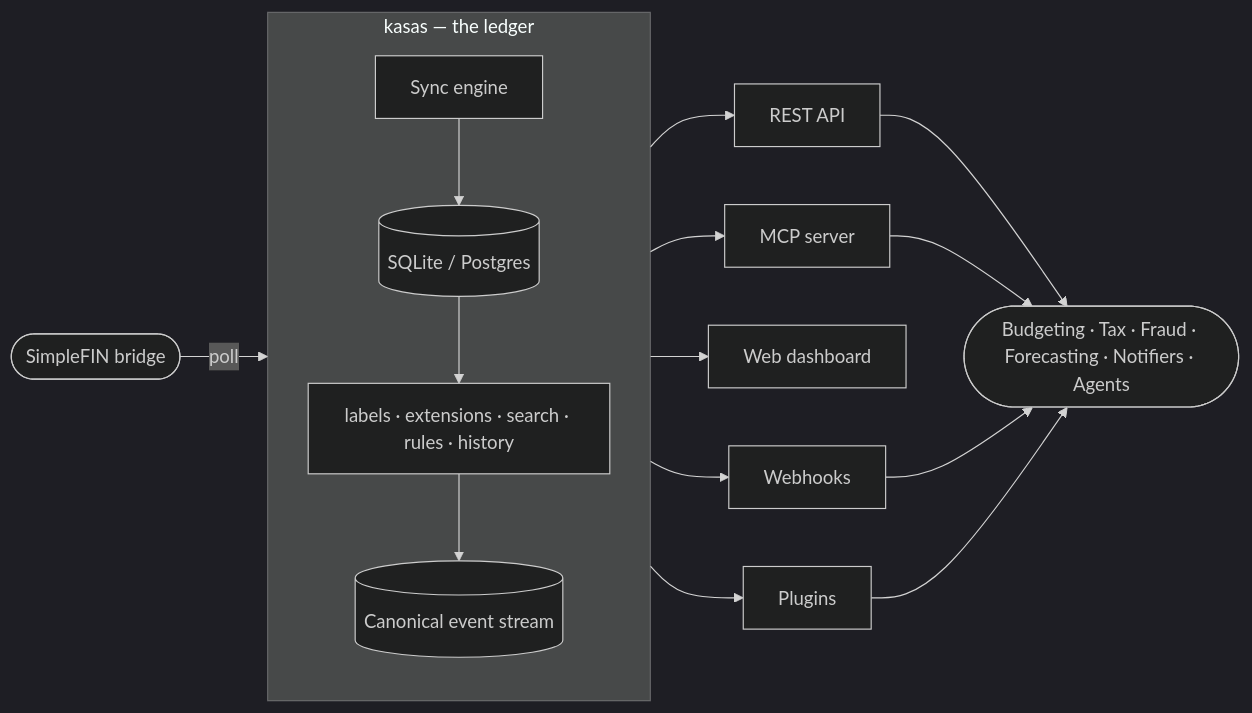
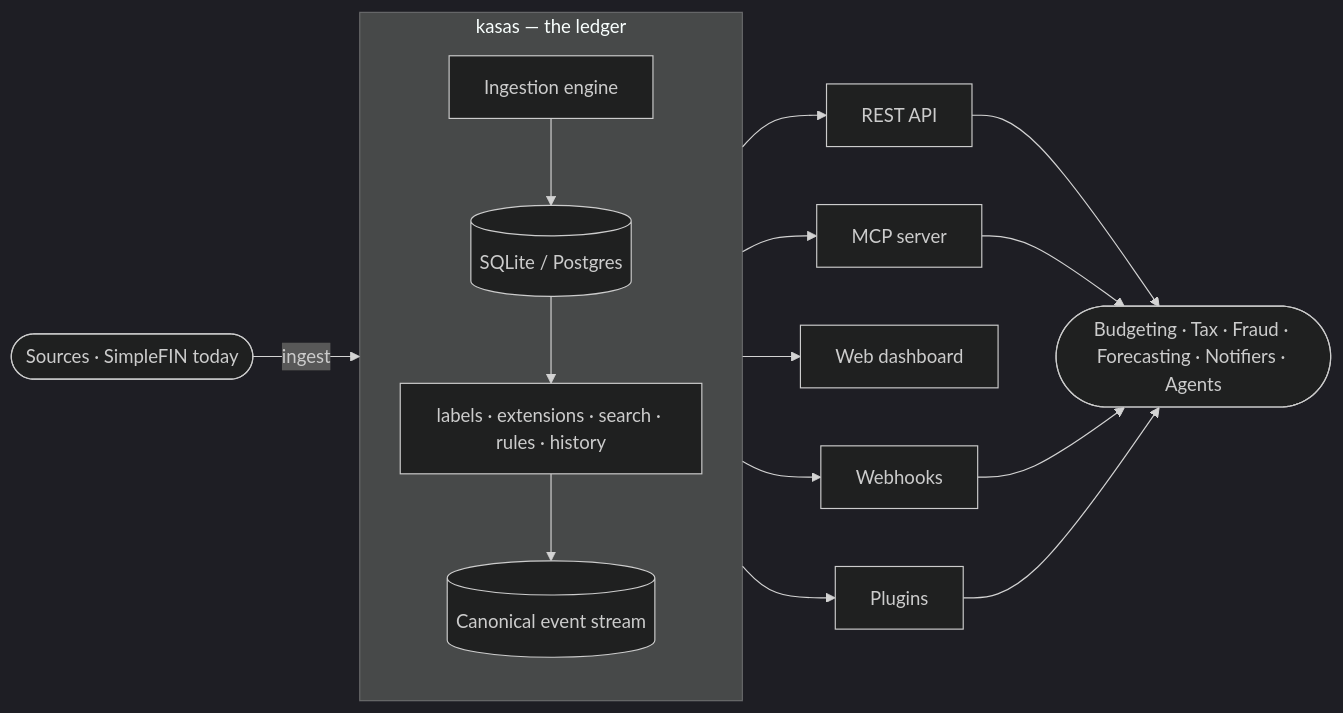
One commit to paulmeier/kasas changed the diagram in README.md. Above: the diagram before and after it, drawn with Mermaid (dark theme). The commit also changed other lines of this file and 17 other files, not shown here.

First line of the commit message:
docs: document pluggable ingestion sources (SimpleFIN as the first, not the only) (#57)

````diff
--- a/README.md
+++ b/README.md
@@ -34,22 +35,22 @@
 ```mermaid
 flowchart LR
-    SF([SimpleFIN bridge]) -->|poll| K
+    SRC([Sources · SimpleFIN today]) -->|ingest| K
 
     subgraph K[kasas — the ledger]
         direction TB
-        SYNC[Sync engine] --> DB[(SQLite / Postgres)]
+        SYNC[Ingestion engine] --> DB[(SQLite / Postgres)]
         DB --> CORE[labels · extensions · search · rules · history]
         CORE --> EV[(Canonical event stream)]
     end
 
     K --> REST[REST API]
     K --> MCP[MCP server]
     K --> DASH[Web dashboard]
     EV --> WH[Webhooks]
     EV --> PL[Plugins]
 
     REST --> APPS([Budgeting · Tax · Fraud · Forecasting · Notifiers · Agents])
     MCP --> APPS
     WH --> APPS
     PL --> APPS
 ```
````
